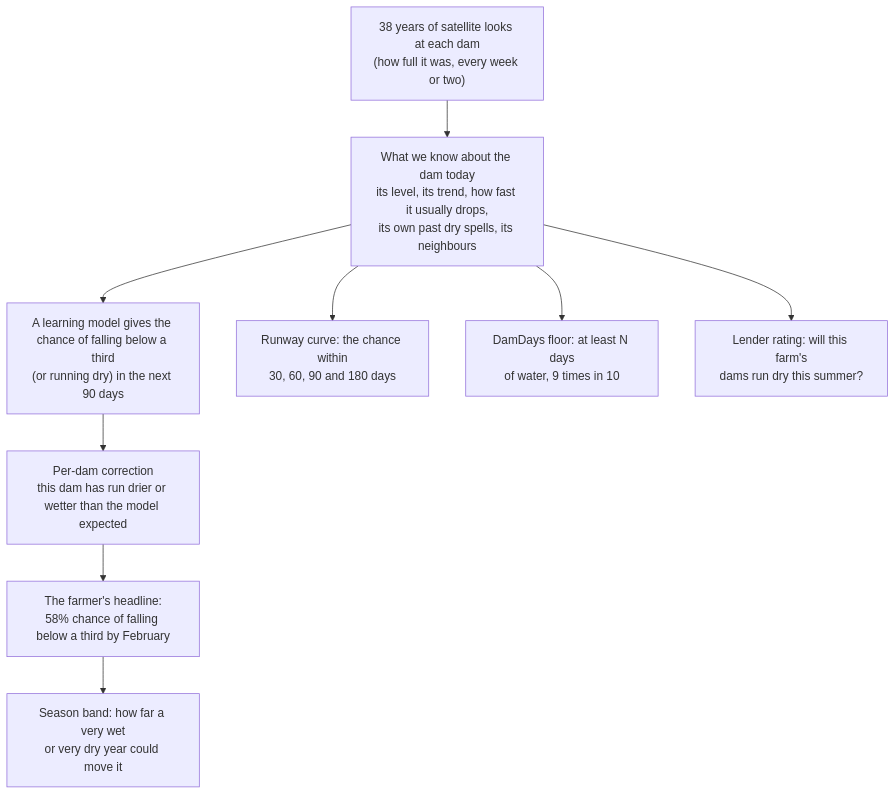
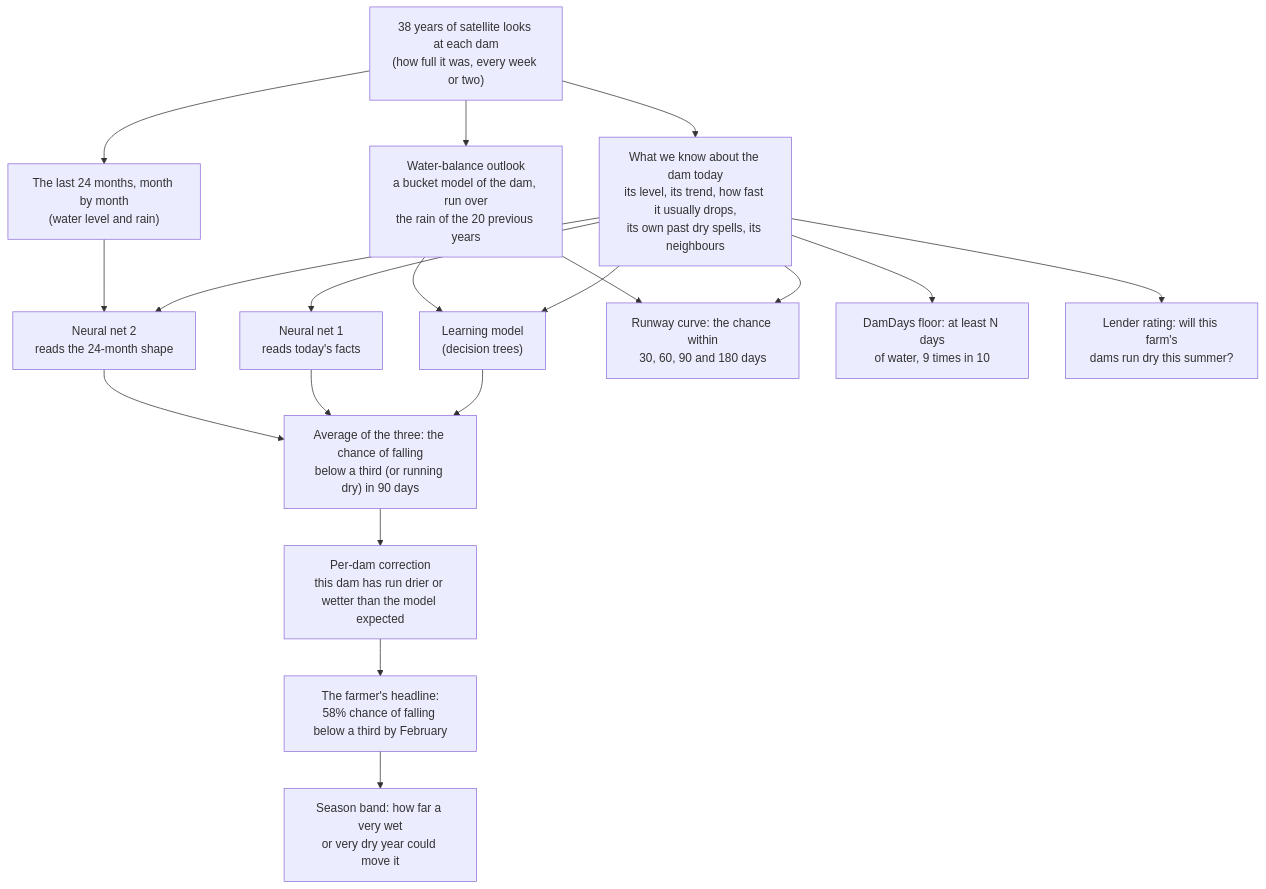
One commit to Shaugato/damdays changed the diagram in docs/HOW_IT_WORKS.md. Above: the diagram before and after it, drawn with Mermaid. The commit also changed other lines of this file and 50 other files, not shown here.

````diff
--- a/docs/HOW_IT_WORKS.md
+++ b/docs/HOW_IT_WORKS.md
@@ -14,11 +14,21 @@
 ```mermaid
 flowchart TD
     A["38 years of satellite looks at each dam<br/>(how full it was, every week or two)"] --> B["What we know about the dam today<br/>its level, its trend, how fast it usually drops,<br/>its own past dry spells, its neighbours"]
-    B --> C["A learning model gives the chance of falling below a third<br/>(or running dry) in the next 90 days"]
-    C --> D["Per-dam correction<br/>this dam has run drier or wetter than the model expected"]
+    A --> S["The last 24 months, month by month<br/>(water level and rain)"]
+    A --> W["Water-balance outlook<br/>a bucket model of the dam, run over<br/>the rain of the 20 previous years"]
+    B --> T["Learning model<br/>(decision trees)"]
+    W --> T
+    B --> N1["Neural net 1<br/>reads today's facts"]
+    B --> N2["Neural net 2<br/>reads the 24-month shape"]
+    S --> N2
+    T --> M["Average of the three: the chance of falling<br/>below a third (or running dry) in 90 days"]
+    N1 --> M
+    N2 --> M
+    M --> D["Per-dam correction<br/>this dam has run drier or wetter than the model expected"]
     D --> E["The farmer's headline:<br/>58% chance of falling below a third by February"]
     E --> F["Season band: how far a very wet<br/>or very dry year could move it"]
     B --> G["Runway curve: the chance within<br/>30, 60, 90 and 180 days"]
+    W --> G
     B --> H["DamDays floor: at least N days<br/>of water, 9 times in 10"]
     B --> I["Lender rating: will this farm's<br/>dams run dry this summer?"]
 ```
````
